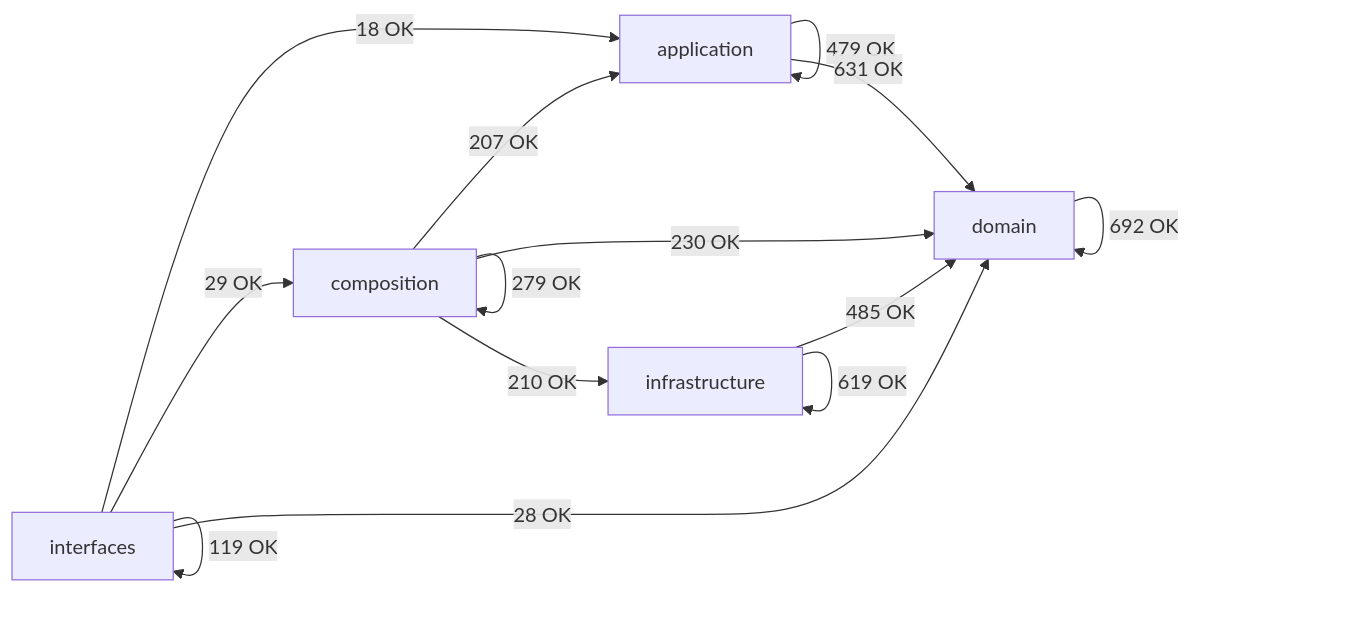
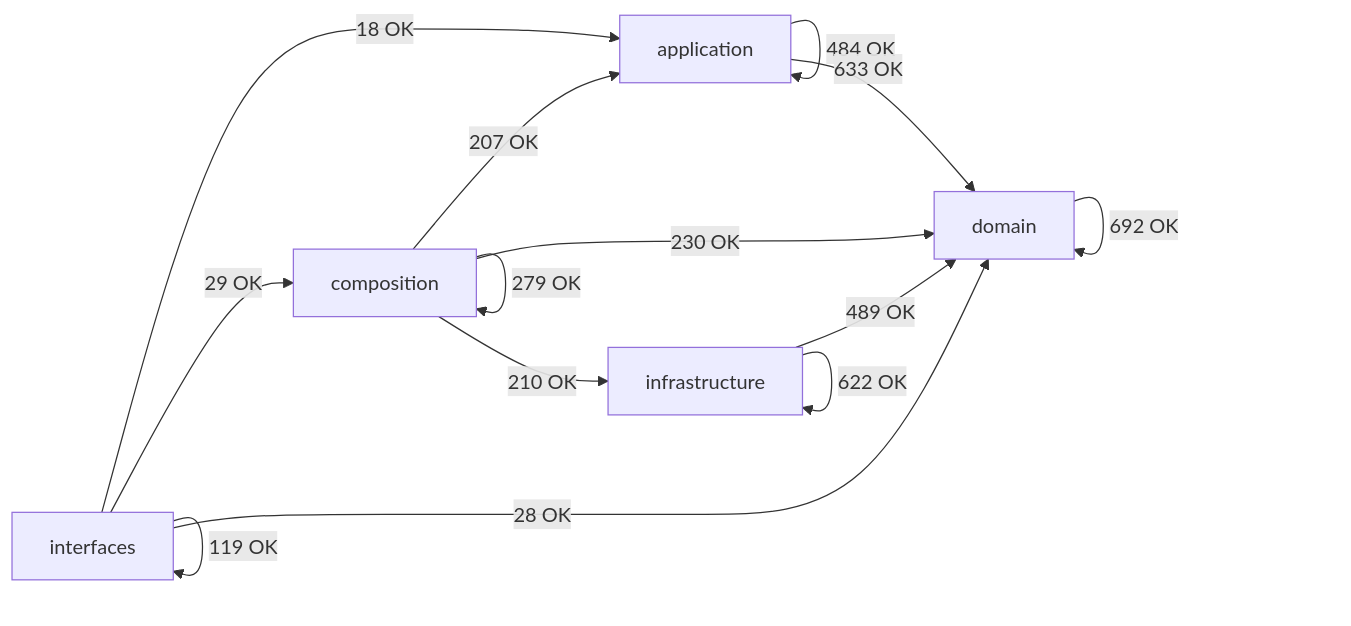
Before and after one commit to SatoryKono/BioactivityDataAcquisition: the diagram in docs/02-architecture/generated/module-dependency-map.md, drawn with Mermaid. The commit also changed other lines of this file and 15 other files, not shown here.

````diff
--- a/docs/02-architecture/generated/module-dependency-map.md
+++ b/docs/02-architecture/generated/module-dependency-map.md
@@ -16,21 +16,21 @@
 ```mermaid
 flowchart LR
     domain[domain]
     application[application]
     infrastructure[infrastructure]
     composition[composition]
     interfaces[interfaces]
-    application -->|479 OK| application
-    application -->|631 OK| domain
+    application -->|484 OK| application
+    application -->|633 OK| domain
     composition -->|207 OK| application
     composition -->|279 OK| composition
     composition -->|230 OK| domain
     composition -->|210 OK| infrastructure
     domain -->|692 OK| domain
-    infrastructure -->|485 OK| domain
-    infrastructure -->|619 OK| infrastructure
+    infrastructure -->|489 OK| domain
+    infrastructure -->|622 OK| infrastructure
     interfaces -->|18 OK| application
     interfaces -->|29 OK| composition
     interfaces -->|28 OK| domain
     interfaces -->|119 OK| interfaces
 ```
````
